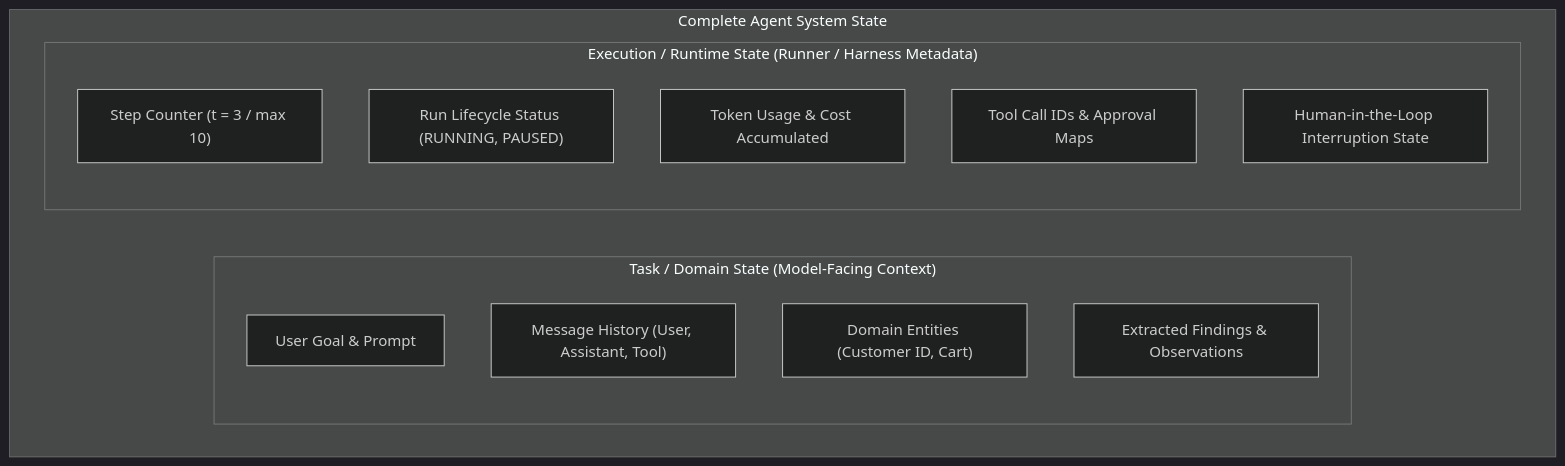
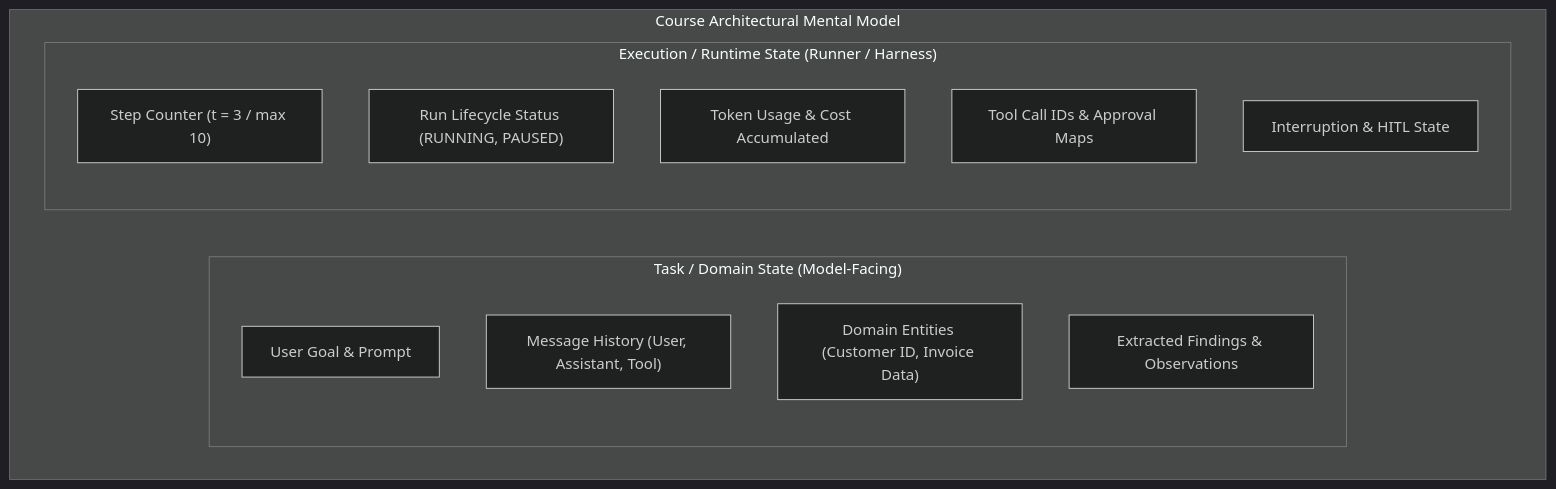
Before and after one commit to sivaskm/agentic-ai-engineering: the sixth of 7 diagrams in module-01-agentic-ai-foundations/content/02-anatomy-of-an-agent-and-state.md, drawn with Mermaid (dark theme). The commit also changed other lines of this file, not shown here.

````diff
--- a/module-01-agentic-ai-foundations/content/02-anatomy-of-an-agent-and-state.md
+++ b/module-01-agentic-ai-foundations/content/02-anatomy-of-an-agent-and-state.md
@@ -171,19 +207,19 @@
 ```mermaid
 flowchart TD
-    subgraph TotalState ["Complete Agent System State"]
-        subgraph TaskState ["Task / Domain State (Model-Facing Context)"]
+    subgraph SystemState ["Course Architectural Mental Model"]
+        subgraph TaskState ["Task / Domain State (Model-Facing)"]
             T1["User Goal & Prompt"]
             T2["Message History (User, Assistant, Tool)"]
-            T3["Domain Entities (Customer ID, Cart)"]
+            T3["Domain Entities (Customer ID, Invoice Data)"]
             T4["Extracted Findings & Observations"]
         end
 
-        subgraph RuntimeState ["Execution / Runtime State (Runner / Harness Metadata)"]
+        subgraph RuntimeState ["Execution / Runtime State (Runner / Harness)"]
             R1["Step Counter (t = 3 / max 10)"]
             R2["Run Lifecycle Status (RUNNING, PAUSED)"]
             R3["Token Usage & Cost Accumulated"]
             R4["Tool Call IDs & Approval Maps"]
-            R5["Human-in-the-Loop Interruption State"]
+            R5["Interruption & HITL State"]
         end
     end
 ```
````
